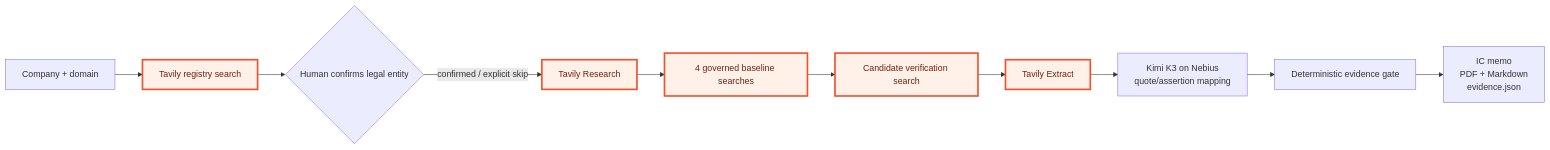
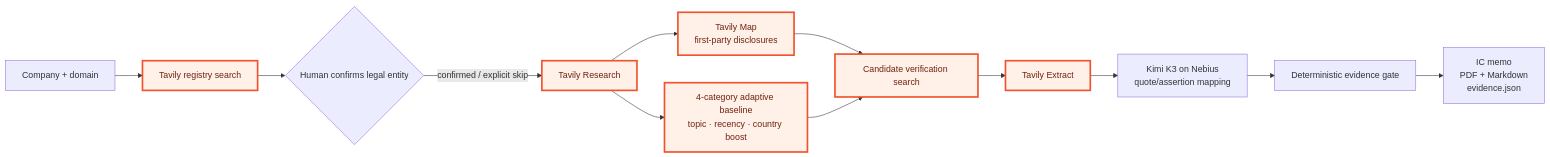
One commit to 0xtigerclaw/deal_lens changed the second of 3 diagrams in README.md. Above: the diagram before and after it, drawn with Mermaid. The commit also changed other lines of this file and 33 other files, not shown here.

````diff
--- a/README.md
+++ b/README.md
@@ -139,15 +146,17 @@
 ```mermaid
 flowchart LR
     A["Company + domain"] --> R["Tavily registry search"]
     R --> H{"Human confirms legal entity"}
     H -->|"confirmed / explicit skip"| D["Tavily Research"]
-    D --> B["4 governed baseline searches"]
+    D --> M["Tavily Map<br/>first-party disclosures"]
+    D --> B["4-category adaptive baseline<br/>topic · recency · country boost"]
+    M --> V
     B --> V["Candidate verification search"]
     V --> X["Tavily Extract"]
     X --> K["Kimi K3 on Nebius<br/>quote/assertion mapping"]
     K --> G["Deterministic evidence gate"]
     G --> O["IC memo<br/>PDF + Markdown<br/>evidence.json"]
 
     classDef tavily fill:#fff0e8,stroke:#f0522d,stroke-width:3px,color:#70230f
-    class R,D,B,V,X tavily
+    class R,D,M,B,V,X tavily
 ```
````
